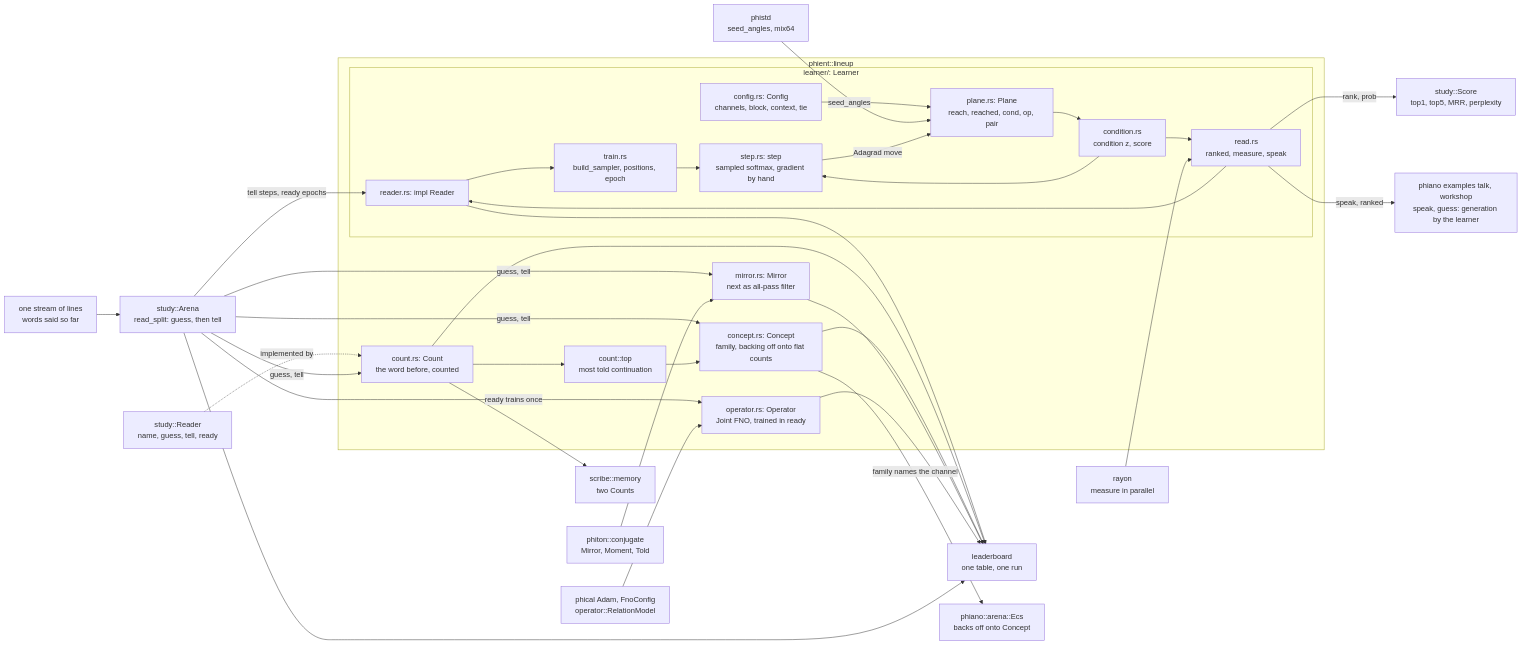
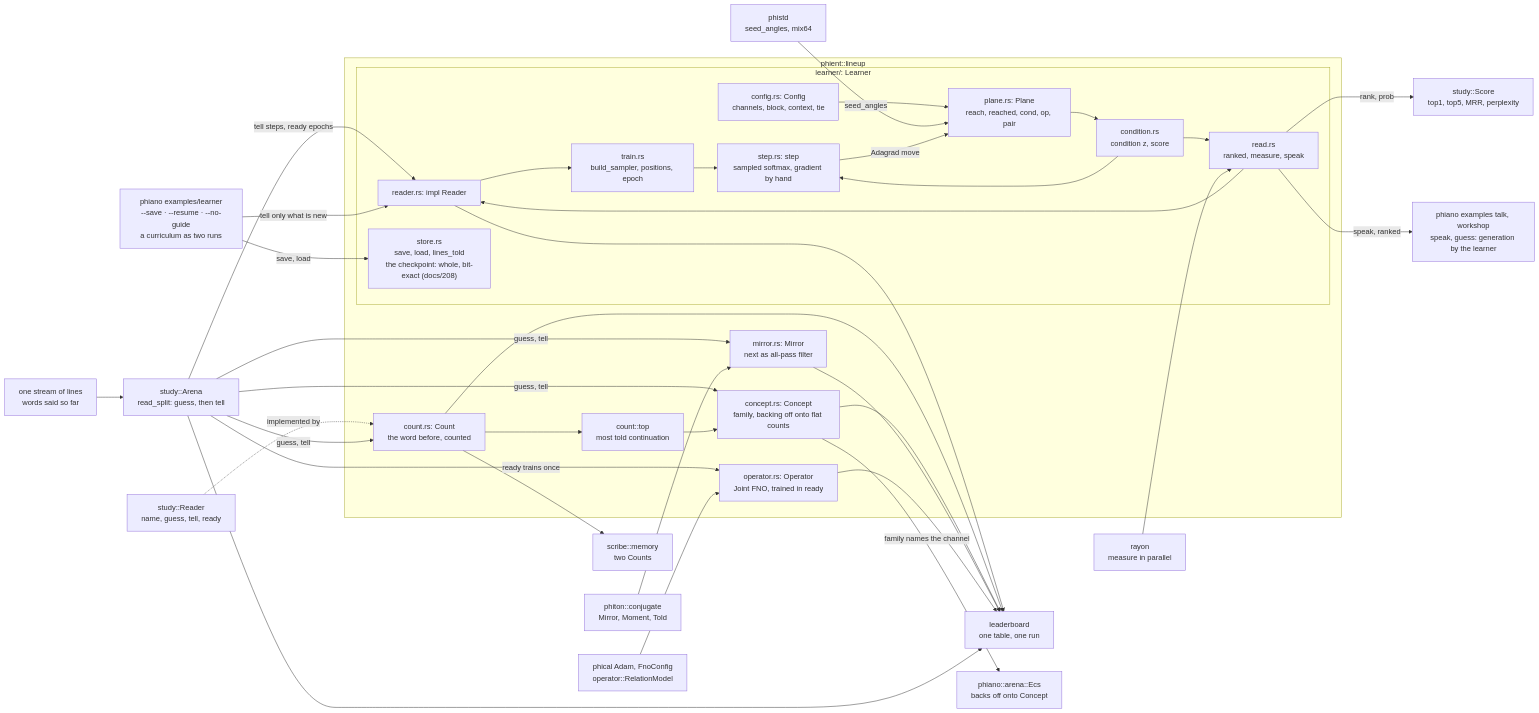
The diagram in docs/phient/lineup.md (gemphi/phinet), drawn with Mermaid before and after one commit. The commit also changed 1 other file, not shown here.

Commit message:
Learning accumulates; two rulings recorded for the whole workspace
Points phient at the learner's checkpoint and phiano at the curriculum
round (docs/208). TODO.md records why nine days of runs carried nothing
forward and that every run from here resumes the newest checkpoint; the
curriculum's result; the next run, which needs no decision; and the
user's ruling of 2026-11-07, which applies to every crate: no linguistic
data in code. Contractions, irregular verbs, closed-word lists, templates
live in files the system reads and can append to; the Rust keeps only the
functions that find the abstractions. A first survey: phiton's p64 vocab
holds nine such lists, phiano seven, phiecs three across 37 files, phisor
two across nine; phiclm's are BCPL's own keywords and stay.

````diff
--- a/docs/phient/lineup.md
+++ b/docs/phient/lineup.md
@@ -3,65 +3,69 @@
 ```mermaid
 graph LR
     Stream["one stream of lines<br/>words said so far"]
     Study["study::Arena<br/>read_split: guess, then tell"]
     ReaderT["study::Reader<br/>name, guess, tell, ready"]
     Phical["phiton::conjugate<br/>Mirror, Moment, Told"]
     Fno["phical Adam, FnoConfig<br/>operator::RelationModel"]
     Phistd["phistd<br/>seed_angles, mix64"]
     Rayon["rayon<br/>measure in parallel"]
     ScoreT["study::Score<br/>top1, top5, MRR, perplexity"]
 
     subgraph lineup["phient::lineup"]
         Count["count.rs: Count<br/>the word before, counted"]
         Top["count::top<br/>most told continuation"]
         Concept["concept.rs: Concept<br/>family, backing off onto flat counts"]
         Mirror["mirror.rs: Mirror<br/>next as all-pass filter"]
         Operator["operator.rs: Operator<br/>Joint FNO, trained in ready"]
         subgraph learner["learner/: Learner"]
             LConfig["config.rs: Config<br/>channels, block, context, tie"]
             Plane["plane.rs: Plane<br/>reach, reached, cond, op, pair"]
             Condition["condition.rs<br/>condition z, score"]
             Step["step.rs: step<br/>sampled softmax, gradient by hand"]
             Train["train.rs<br/>build_sampler, positions, epoch"]
             Read["read.rs<br/>ranked, measure, speak"]
             LReader["reader.rs: impl Reader"]
+            Store["store.rs<br/>save, load, lines_told<br/>the checkpoint: whole, bit-exact (docs/208)"]
         end
     end
 
     Board["leaderboard<br/>one table, one run"]
     Ecs["phiano::arena::Ecs<br/>backs off onto Concept"]
     Scribe["scribe::memory<br/>two Counts"]
     Talk["phiano examples talk, workshop<br/>speak, guess: generation by the learner"]
 
     Stream --> Study
     ReaderT -.->|"implemented by"| Count
     Study -->|"guess, tell"| Count
     Study -->|"guess, tell"| Concept
     Study -->|"guess, tell"| Mirror
     Study -->|"ready trains once"| Operator
     Study -->|"tell steps, ready epochs"| LReader
     Count --> Top
     Top --> Concept
     Concept -->|"family names the channel"| Ecs
     Phical --> Mirror
     Fno --> Operator
     LConfig --> Plane
     Phistd -->|"seed_angles"| Plane
     LReader --> Train
     Train --> Step
     Plane --> Condition
     Condition --> Step
     Step -->|"Adagrad move"| Plane
     Condition --> Read
     Rayon --> Read
     Read -->|"rank, prob"| ScoreT
     Read --> LReader
     Read -->|"speak, ranked"| Talk
+    Example["phiano examples/learner<br/>--save · --resume · --no-guide<br/>a curriculum as two runs"]
+    Example -->|"save, load"| Store
+    Example -->|"tell only what is new"| LReader
     Count --> Board
     Concept --> Board
     Mirror --> Board
     Operator --> Board
     LReader --> Board
     Study --> Board
     Count --> Scribe
 ```
````
